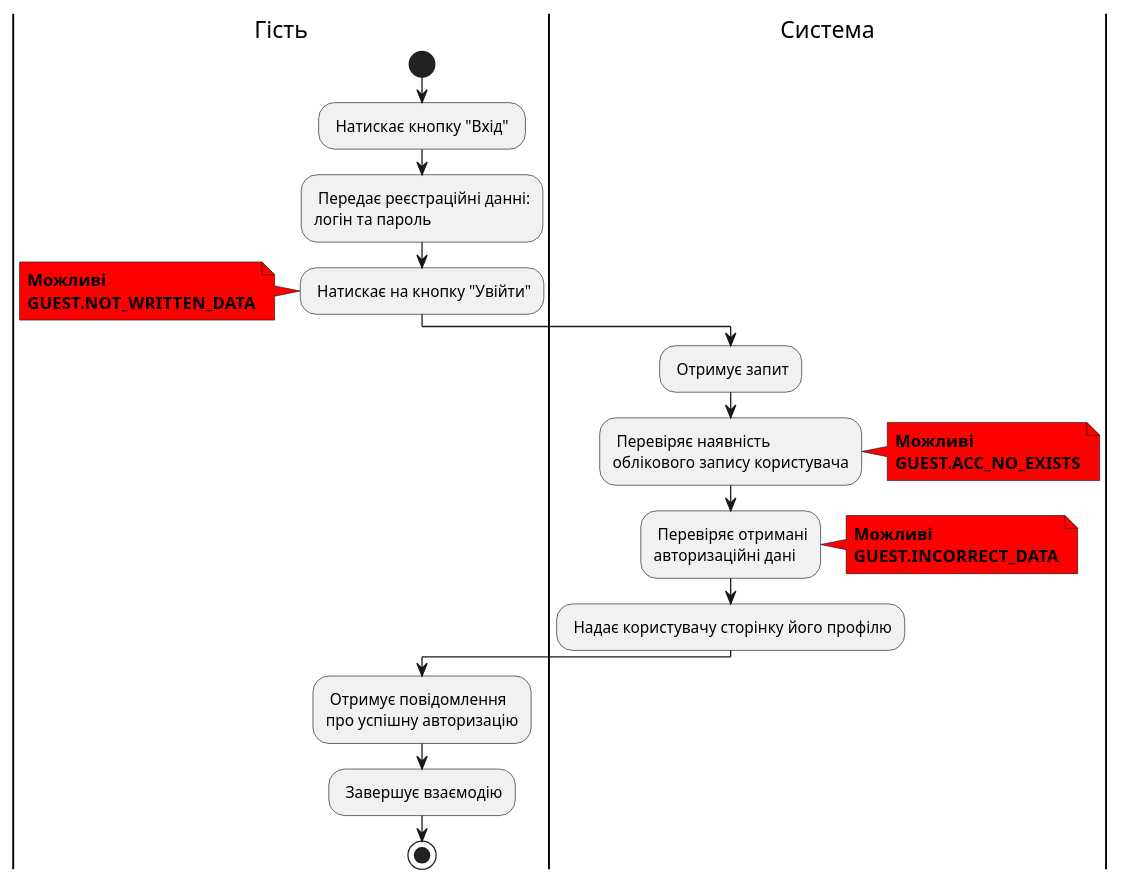
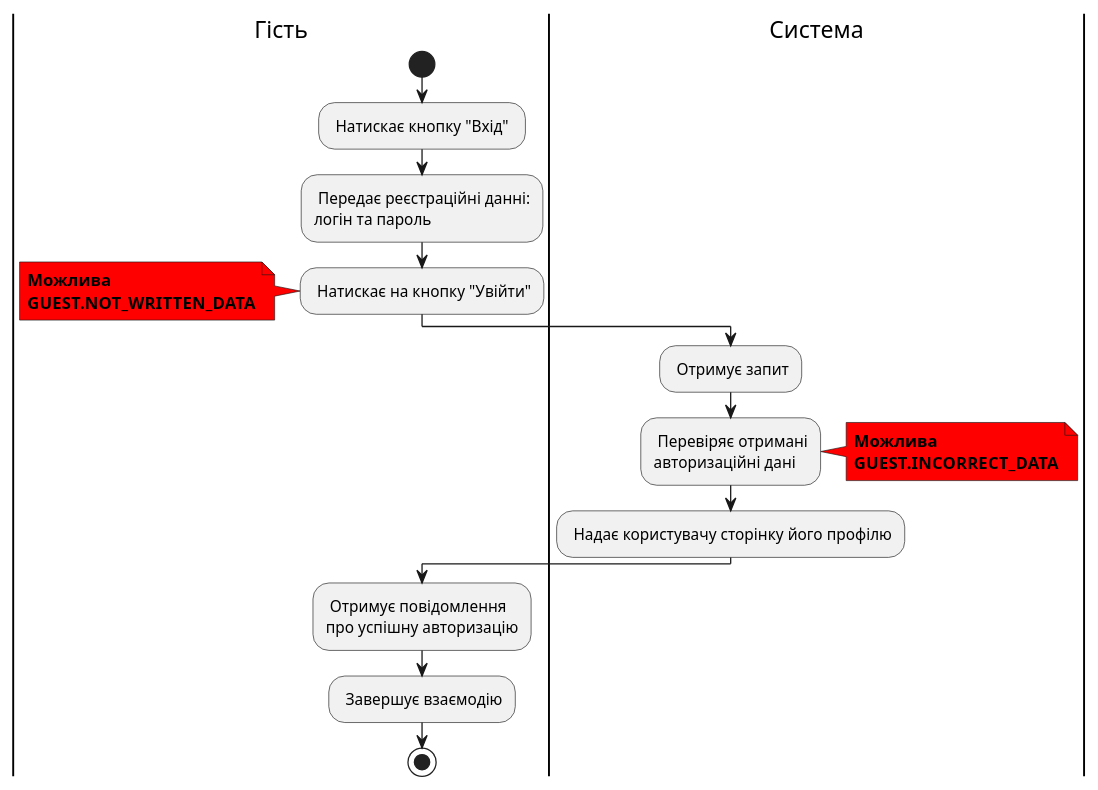
The sixth of 22 diagrams in docs/use cases/README.md (michigang1/ImForms), drawn with PlantUML before and after one commit.

Commit message:
Deleted useless line

```diff
--- a/docs/use cases/README.md
+++ b/docs/use cases/README.md
@@ -210,38 +210,29 @@
 @startuml
 
 |Гість|
 start
 : Натискає кнопку "Вхід" ;
 : Передає реєстраційні данні:
 логін та пароль;
 : Натискає на кнопку "Увійти";
 note left #ff0000
-<b>Можливі</b>
+<b>Можлива</b>
 <b>GUEST.NOT_WRITTEN_DATA</b>
 end note
 
 |Система|
 : Отримує запит;
-: Перевіряє наявність
-облікового запису користувача;
-note right #ff0000
-<b>Можливі</b>
-<b>GUEST.ACC_NO_EXISTS</b>
-end note
-
 : Перевіряє отримані
 авторизаційні дані;
-
-       note right #ff0000
-       <b>Можливі</b>
-       <b>GUEST.INCORRECT_DATA</b>
-       end note
-
-       : Надає користувачу сторінку його профілю;
+note right #ff0000
+<b>Можлива</b>
+<b>GUEST.INCORRECT_DATA</b>
+end note
+: Надає користувачу сторінку його профілю;
 
 |Гість|
 : Отримує повідомлення
 про успішну авторизацію;
 : Завершує взаємодію;
 stop;
 @enduml
```
